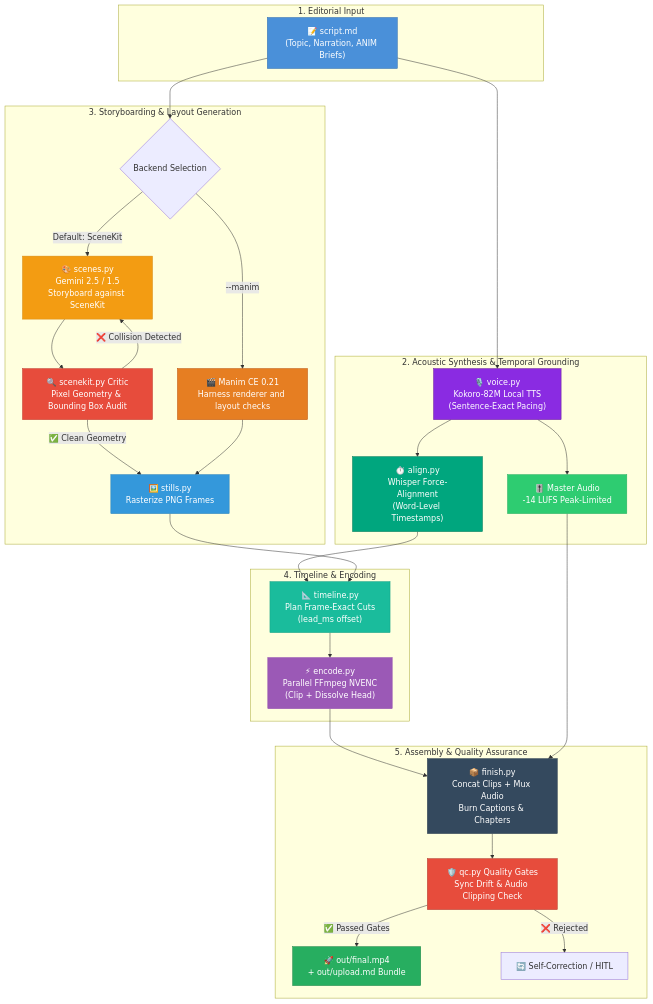
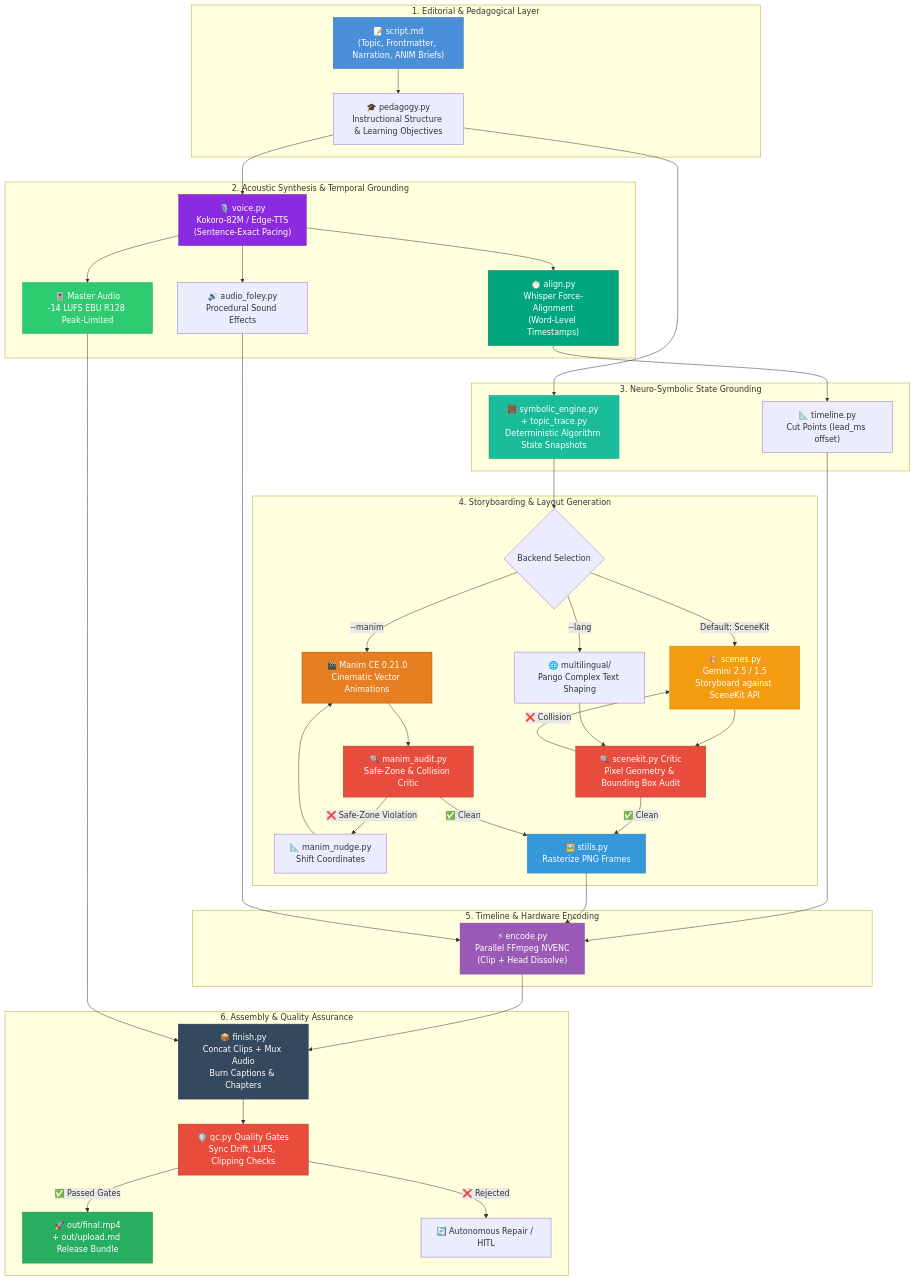
One commit to Ishfaq24/Prompt2Render changed the first of 3 diagrams in README.md. Above: the diagram before and after it, drawn with Mermaid. The commit also changed other lines of this file, not shown here.

````diff
--- a/README.md
+++ b/README.md
@@ -204,50 +273,63 @@
 ```mermaid
 flowchart TD
-    subgraph INPUT["1. Editorial Input"]
-        A["📝 script.md\n(Topic, Narration, ANIM Briefs)"]
+    subgraph INPUT["1. Editorial & Pedagogical Layer"]
+        A["📝 script.md\n(Topic, Frontmatter, Narration, ANIM Briefs)"]
+        A --> P1["🎓 pedagogy.py\nInstructional Structure & Learning Objectives"]
     end
 
     subgraph AUDIO["2. Acoustic Synthesis & Temporal Grounding"]
-        A --> B["🎙️ voice.py\nKokoro-82M Local TTS\n(Sentence-Exact Pacing)"]
+        P1 --> B["🎙️ voice.py\nKokoro-82M / Edge-TTS\n(Sentence-Exact Pacing)"]
         B --> C["⏱️ align.py\nWhisper Force-Alignment\n(Word-Level Timestamps)"]
-        B --> D["🎚️ Master Audio\n-14 LUFS Peak-Limited"]
+        B --> D["🎚️ Master Audio\n-14 LUFS EBU R128 Peak-Limited"]
+        B --> SFX["🔊 audio_foley.py\nProcedural Sound Effects"]
     end
 
-    subgraph VISUAL["3. Storyboarding & Layout Generation"]
-        A --> E{"Backend Selection"}
-        E -- "Default: SceneKit" --> F["🎨 scenes.py\nGemini 2.5 / 1.5\nStoryboard against SceneKit"]
-        E -- "--manim" --> G["🎬 Manim CE 0.21\nHarness renderer and layout checks"]
-        F --> H["🔍 scenekit.py Critic\nPixel Geometry & Bounding Box Audit"]
-        H -- "❌ Collision Detected" --> F
-        H -- "✅ Clean Geometry" --> I["🖼️ stills.py\nRasterize PNG Frames"]
-        G --> I
+    subgraph IR["3. Neuro-Symbolic State Grounding"]
+        P1 --> SYM["🧮 symbolic_engine.py + topic_trace.py\nDeterministic Algorithm State Snapshots"]
+        C --> PLAN["📐 timeline.py\nCut Points (lead_ms offset)"]
     end
 
-    subgraph SYNC["4. Timeline & Encoding"]
-        C --> J["📐 timeline.py\nPlan Frame-Exact Cuts\n(lead_ms offset)"]
-        I --> J
-        J --> K["⚡ encode.py\nParallel FFmpeg NVENC\n(Clip + Dissolve Head)"]
+    subgraph VISUAL["4. Storyboarding & Layout Generation"]
+        SYM --> E{"Backend Selection"}
+        E -- "Default: SceneKit" --> F["🎨 scenes.py\nGemini 2.5 / 1.5\nStoryboard against SceneKit API"]
+        E -- "--manim" --> G["🎬 Manim CE 0.21.0\nCinematic Vector Animations"]
+        E -- "--lang" --> ML["🌐 multilingual/\nPango Complex Text Shaping"]
+        F --> H["🔍 scenekit.py Critic\nPixel Geometry & Bounding Box Audit"]
+        G --> H2["🔍 manim_audit.py\nSafe-Zone & Collision Critic"]
+        ML --> H
+        H -- "❌ Collision" --> F
+        H2 -- "❌ Safe-Zone Violation" --> NUDGE["📐 manim_nudge.py\nShift Coordinates"]
+        NUDGE --> G
+        H -- "✅ Clean" --> I["🖼️ stills.py\nRasterize PNG Frames"]
+        H2 -- "✅ Clean" --> I
     end
 
-    subgraph OUTPUT["5. Assembly & Quality Assurance"]
-        K --> L["📦 finish.py\nConcat Clips + Mux Audio\nBurn Captions & Chapters"]
-        D --> L
-        L --> M["🛡️ qc.py Quality Gates\nSync Drift & Audio Clipping Check"]
-        M -- "✅ Passed Gates" --> N["🚀 out/final.mp4\n+ out/upload.md Bundle"]
-        M -- "❌ Rejected" --> O["🔄 Self-Correction / HITL"]
+    subgraph SYNC["5. Timeline & Hardware Encoding"]
+        PLAN --> J["⚡ encode.py\nParallel FFmpeg NVENC\n(Clip + Head Dissolve)"]
+        I --> J
+        SFX --> J
+    end
+
+    subgraph OUTPUT["6. Assembly & Quality Assurance"]
+        J --> K["📦 finish.py\nConcat Clips + Mux Audio\nBurn Captions & Chapters"]
+        D --> K
+        K --> L["🛡️ qc.py Quality Gates\nSync Drift, LUFS, Clipping Checks"]
+        L -- "✅ Passed Gates" --> M["🚀 out/final.mp4\n+ out/upload.md Release Bundle"]
+        L -- "❌ Rejected" --> O["🔄 Autonomous Repair / HITL"]
     end
 
     style A fill:#4A90D9,stroke:#2C6BAE,color:#FFFFFF
     style B fill:#8A2BE2,stroke:#6A1B9A,color:#FFFFFF
     style C fill:#00A67E,stroke:#007958,color:#FFFFFF
     style D fill:#2ECC71,stroke:#27AE60,color:#FFFFFF
+    style SYM fill:#1ABC9C,stroke:#16A085,color:#FFFFFF
     style F fill:#F39C12,stroke:#D68910,color:#FFFFFF
     style G fill:#E67E22,stroke:#BA4A00,color:#FFFFFF
     style H fill:#E74C3C,stroke:#C0392B,color:#FFFFFF
+    style H2 fill:#E74C3C,stroke:#C0392B,color:#FFFFFF
     style I fill:#3498DB,stroke:#2980B9,color:#FFFFFF
-    style J fill:#1ABC9C,stroke:#16A085,color:#FFFFFF
-    style K fill:#9B59B6,stroke:#8E44AD,color:#FFFFFF
-    style L fill:#34495E,stroke:#2C3E50,color:#FFFFFF
-    style M fill:#E74C3C,stroke:#B03A2E,color:#FFFFFF
-    style N fill:#27AE60,stroke:#1E8449,color:#FFFFFF
+    style J fill:#9B59B6,stroke:#8E44AD,color:#FFFFFF
+    style K fill:#34495E,stroke:#2C3E50,color:#FFFFFF
+    style L fill:#E74C3C,stroke:#B03A2E,color:#FFFFFF
+    style M fill:#27AE60,stroke:#1E8449,color:#FFFFFF
 ```
````
